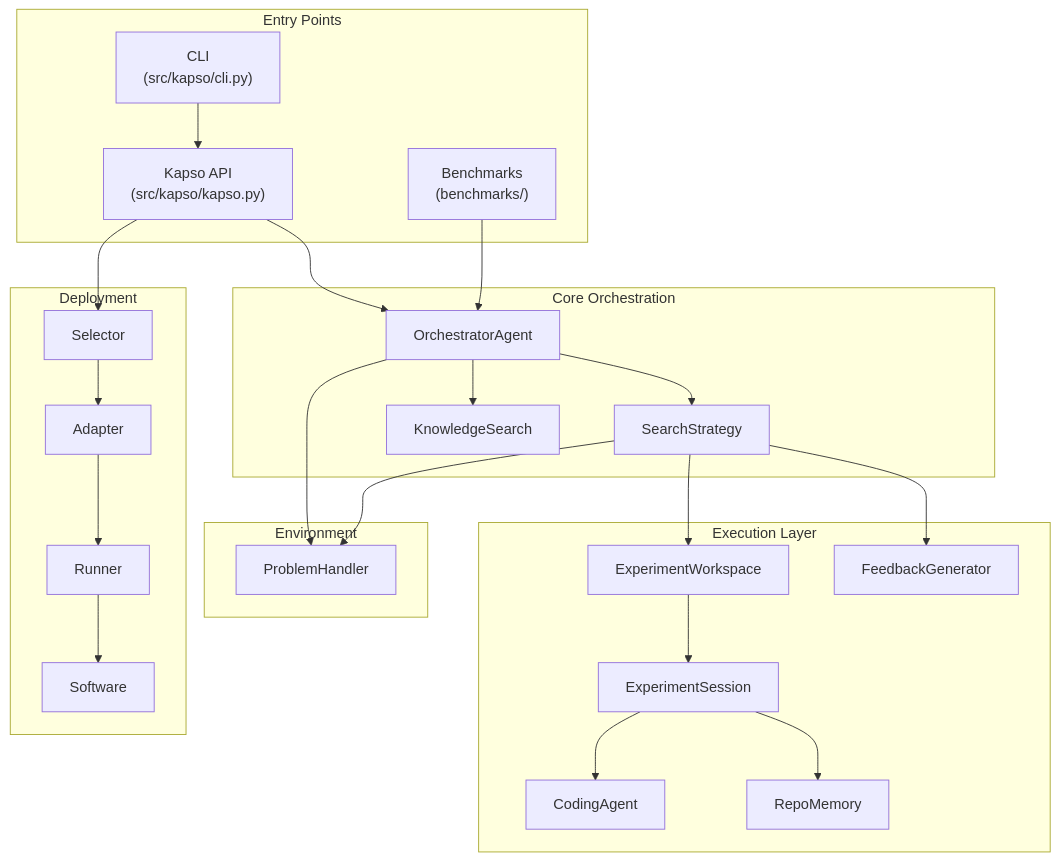
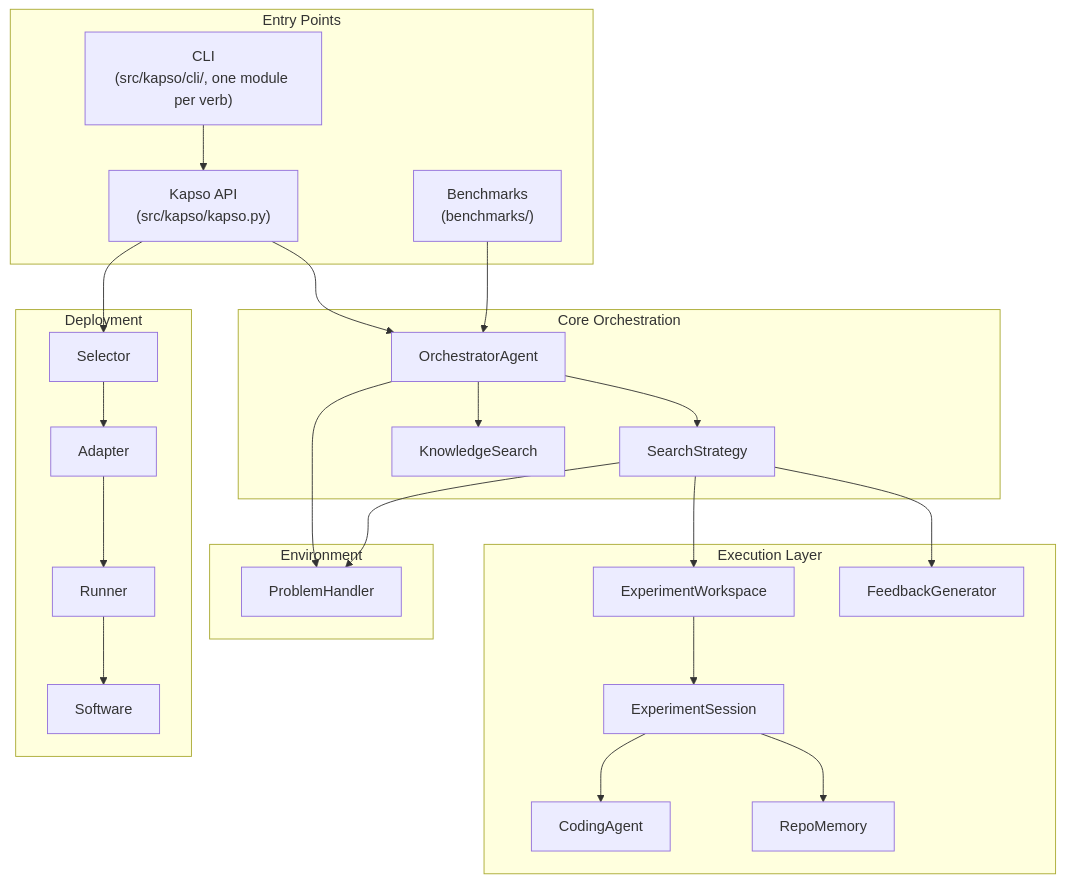
Before and after one commit to Abhishek-B-R/kapso: the first of 2 diagrams in docs/evolve/architecture.mdx, drawn with Mermaid. The commit also changed other lines of this file and 10 other files, not shown here.

````diff
--- a/docs/evolve/architecture.mdx
+++ b/docs/evolve/architecture.mdx
@@ -10,54 +10,54 @@
 ```mermaid
 flowchart TB
     subgraph Entry["Entry Points"]
         API["Kapso API\n(src/kapso/kapso.py)"]
-        CLI["CLI\n(src/kapso/cli.py)"]
+        CLI["CLI\n(src/kapso/cli/, one module per verb)"]
         BENCH["Benchmarks\n(benchmarks/)"]
     end
 
     subgraph Core["Core Orchestration"]
         ORCH["OrchestratorAgent"]
         STRAT["SearchStrategy"]
         KS["KnowledgeSearch"]
     end
 
     subgraph Execution["Execution Layer"]
         WS["ExperimentWorkspace"]
         SESS["ExperimentSession"]
         AGENT["CodingAgent"]
         REPO["RepoMemory"]
         FG["FeedbackGenerator"]
     end
 
     subgraph Env["Environment"]
         HAND["ProblemHandler"]
     end
 
     subgraph Deploy["Deployment"]
         SEL["Selector"]
         ADAPT["Adapter"]
         RUN["Runner"]
         SOFT["Software"]
     end
 
     API --> ORCH
     CLI --> API
     BENCH --> ORCH
 
     ORCH --> STRAT
     ORCH --> KS
 
     STRAT --> WS
     STRAT --> FG
     WS --> SESS
     SESS --> AGENT
     SESS --> REPO
 
     ORCH --> HAND
     STRAT --> HAND
 
     API --> SEL
     SEL --> ADAPT
     ADAPT --> RUN
     RUN --> SOFT
 ```
````
